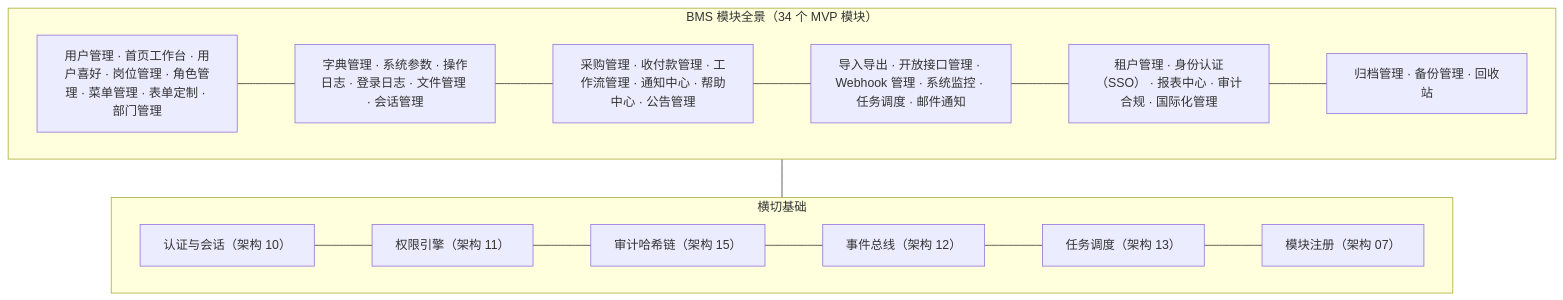
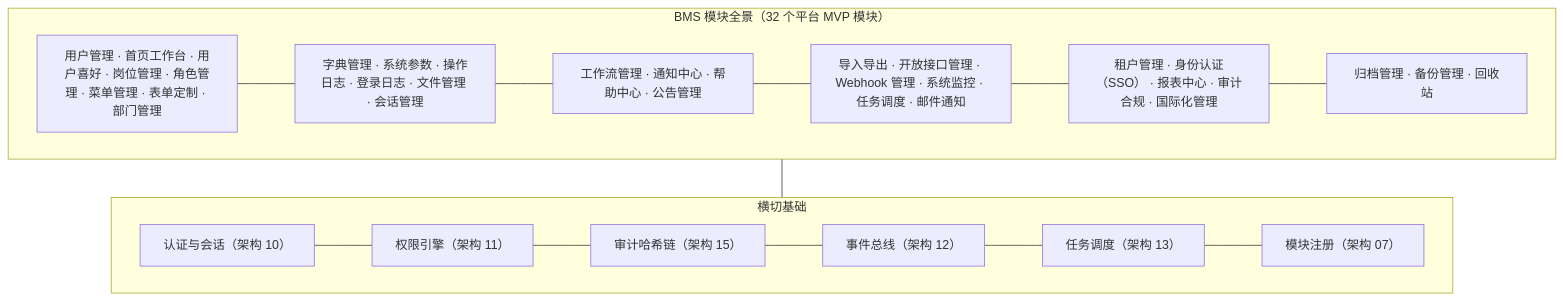
The diagram in 文档/设计/概要设计/01_概要设计_总览.md (minjian123/basic-management-system), drawn with Mermaid before and after one commit. The commit also changed other lines of this file and 142 other files, not shown here.

````diff
--- a/文档/设计/概要设计/01_概要设计_总览.md
+++ b/文档/设计/概要设计/01_概要设计_总览.md
@@ -96,22 +96,22 @@
 ```mermaid
 graph TD
-    subgraph MOD["BMS 模块全景（34 个 MVP 模块）"]
+    subgraph MOD["BMS 模块全景（32 个平台 MVP 模块）"]
         M1["用户管理 · 首页工作台 · 用户喜好 · 岗位管理 · 角色管理 · 菜单管理 · 表单定制 · 部门管理"]
         M2["字典管理 · 系统参数 · 操作日志 · 登录日志 · 文件管理 · 会话管理"]
-        M3["采购管理 · 收付款管理 · 工作流管理 · 通知中心 · 帮助中心 · 公告管理"]
+        M3["工作流管理 · 通知中心 · 帮助中心 · 公告管理"]
         M4["导入导出 · 开放接口管理 · Webhook 管理 · 系统监控 · 任务调度 · 邮件通知"]
         M5["租户管理 · 身份认证（SSO） · 报表中心 · 审计合规 · 国际化管理"]
         M6["归档管理 · 备份管理 · 回收站"]
         M1 --- M2 --- M3 --- M4 --- M5 --- M6
     end
     subgraph CROSS["横切基础"]
         C1["认证与会话（架构 10）"]
         C2["权限引擎（架构 11）"]
         C3["审计哈希链（架构 15）"]
         C4["事件总线（架构 12）"]
         C5["任务调度（架构 13）"]
         C6["模块注册（架构 07）"]
         C1 --- C2 --- C3 --- C4 --- C5 --- C6
     end
     MOD --- CROSS
 ```
````
